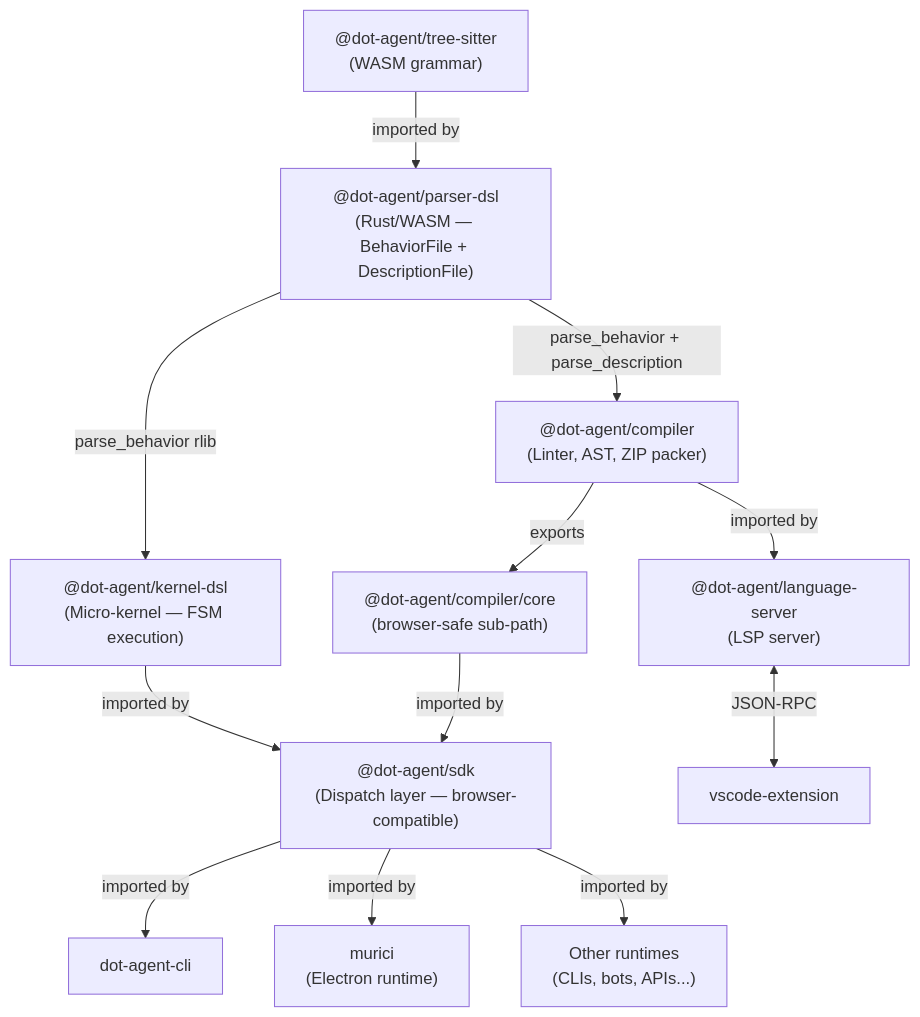
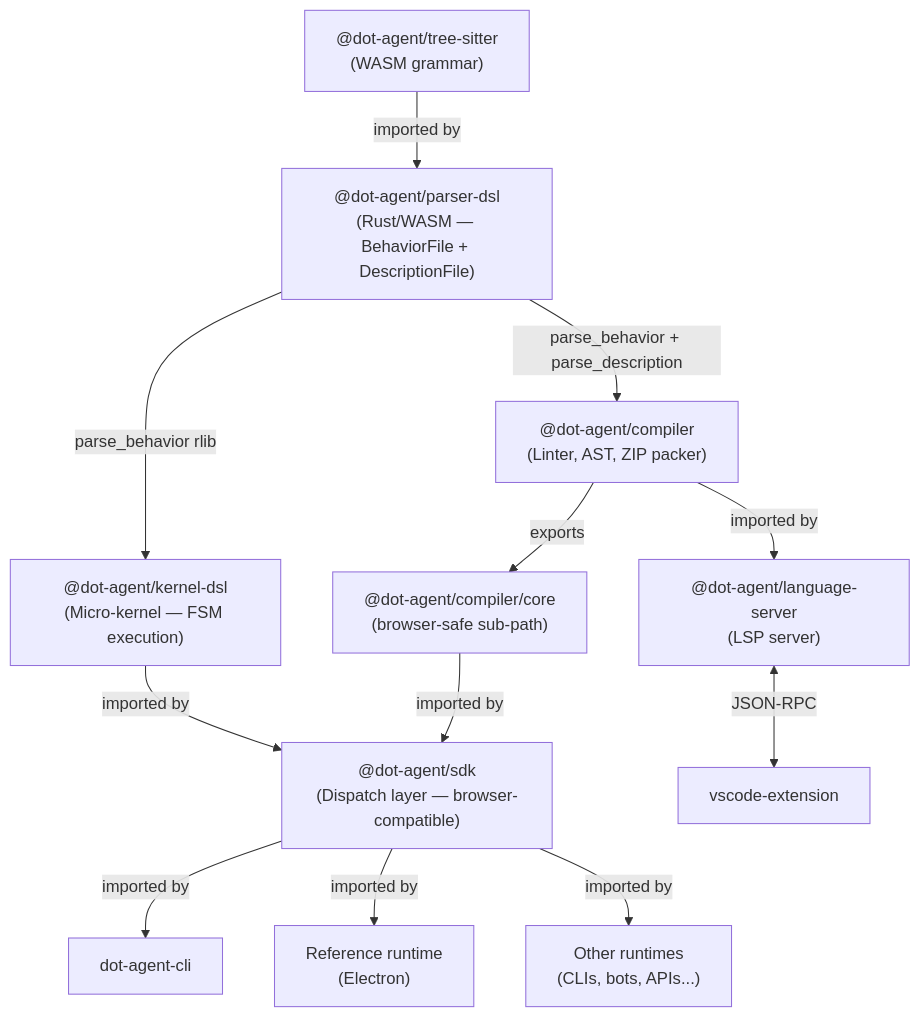
Before and after one commit to dot-agent-spec/platform: the first of 3 diagrams in docs/explanation/architecture/map.md, drawn with Mermaid. The commit also changed other lines of this file, not shown here.

Commit message:
docs: generalize runtime references to a neutral 'reference runtime'
Replace the named runtime in the architecture map (package diagram node +
sequence-diagram participant) with a generic 'reference runtime', so the
public spec does not reference a not-yet-public project.

````diff
--- a/docs/explanation/architecture/map.md
+++ b/docs/explanation/architecture/map.md
@@ -55,33 +55,33 @@
 ```mermaid
 graph TD
     TS["@dot-agent/tree-sitter<br/>(WASM grammar)"]
     BP["@dot-agent/parser-dsl<br/>(Rust/WASM — BehaviorFile + DescriptionFile)"]
     Compiler["@dot-agent/compiler<br/>(Linter, AST, ZIP packer)"]
     Kernel["@dot-agent/kernel-dsl<br/>(Micro-kernel — FSM execution)"]
     SDK["@dot-agent/sdk<br/>(Dispatch layer — browser-compatible)"]
     LSP["@dot-agent/language-server<br/>(LSP server)"]
     CLI["dot-agent-cli"]
-    Murici["murici<br/>(Electron runtime)"]
+    RefRuntime["Reference runtime<br/>(Electron)"]
     Hosts["Other runtimes<br/>(CLIs, bots, APIs...)"]
 
     Compiler_Core["@dot-agent/compiler/core<br/>(browser-safe sub-path)"]
 
     TS -->|imported by| BP
     BP -->|parse_behavior + parse_description| Compiler
     BP -->|parse_behavior rlib| Kernel
     
     Compiler -->|exports| Compiler_Core
     Compiler ~~~ Compiler_Core
 
     Compiler -->|imported by| LSP
     
     Compiler_Core -->|imported by| SDK
     
     Kernel -->|imported by| SDK
 
     SDK -->|imported by| CLI
-    SDK -->|imported by| Murici
+    SDK -->|imported by| RefRuntime
     SDK -->|imported by| Hosts
 
     LSP <-->|JSON-RPC| VSCode["vscode-extension"]
 ```
````
